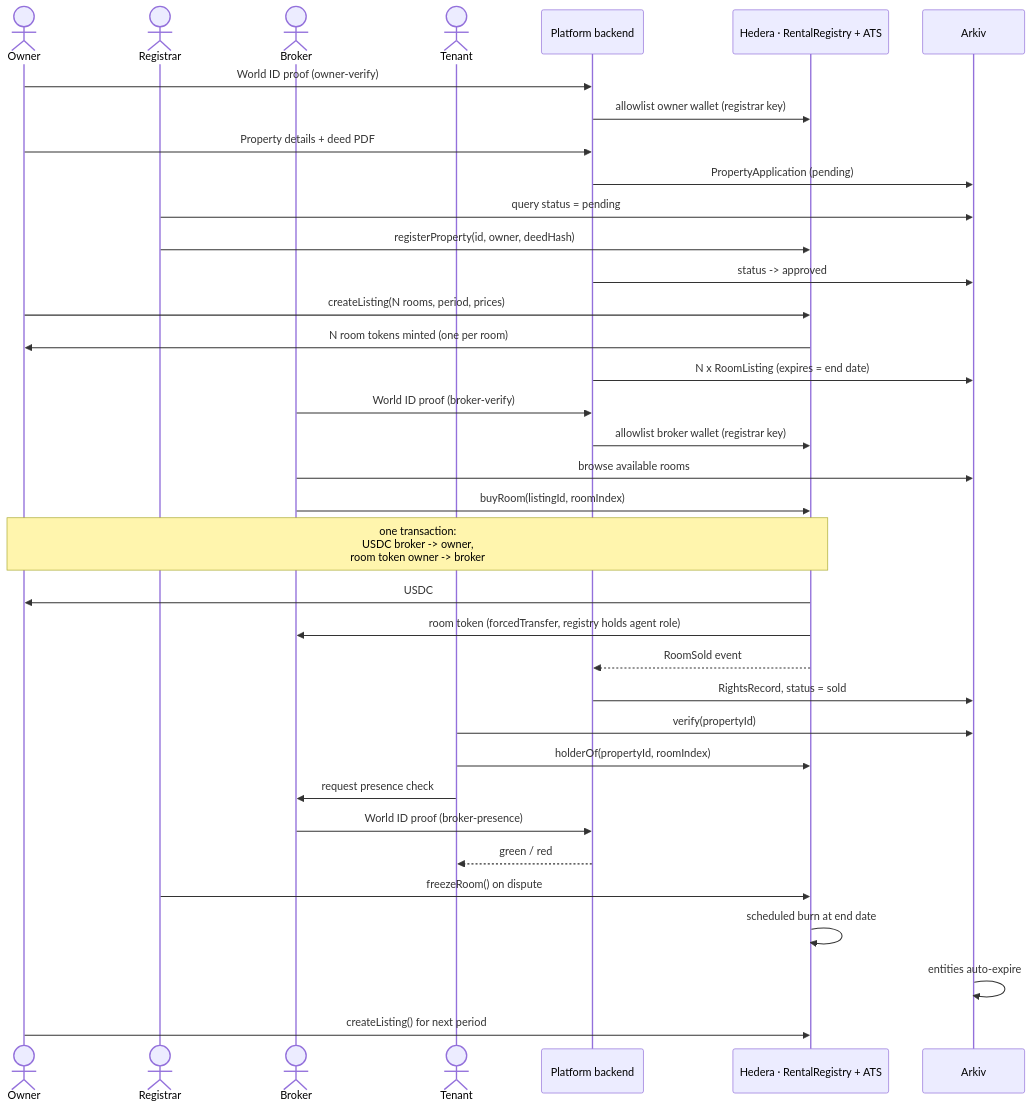
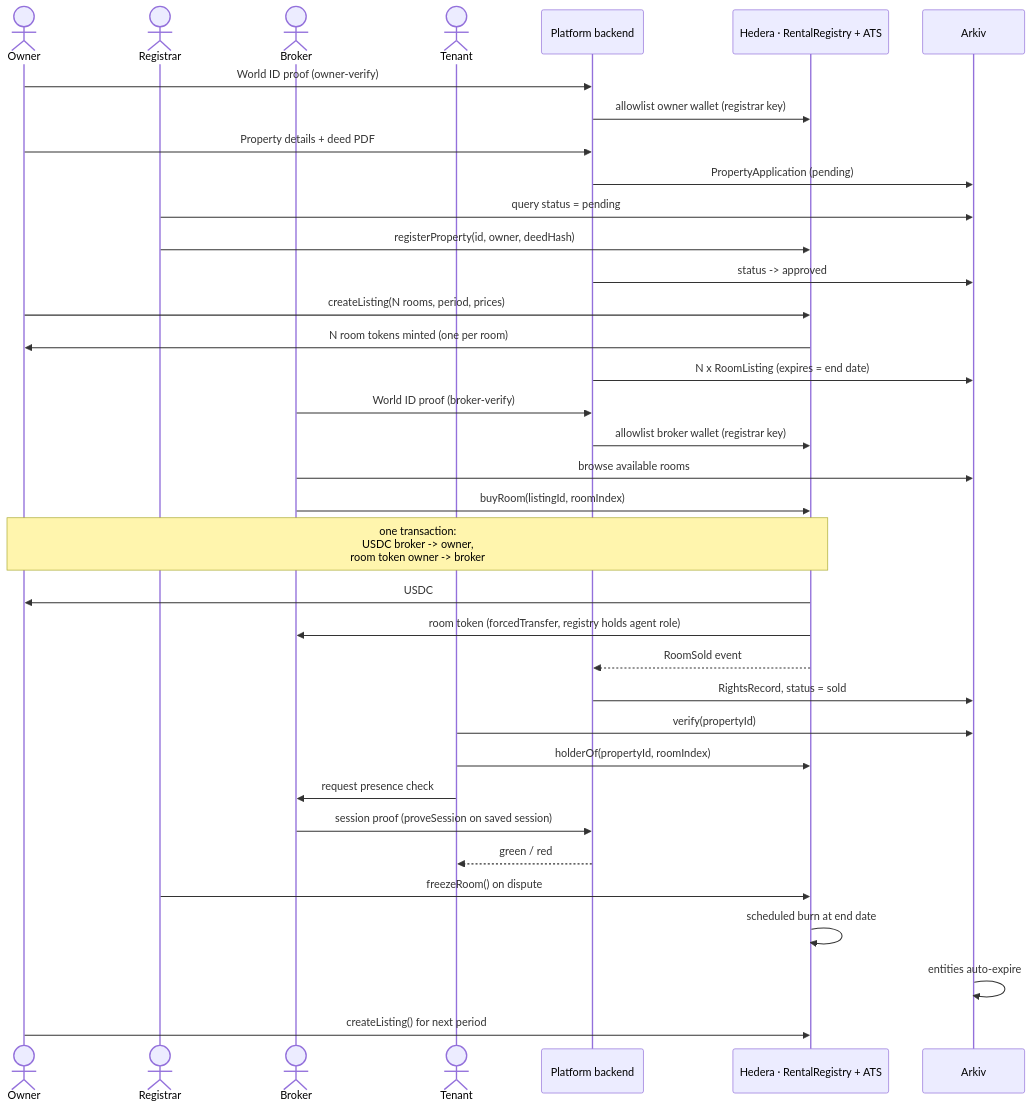
One commit to Nitish-d-Great/Rent-Me-Out changed the diagram in README.md. Above: the diagram before and after it, drawn with Mermaid. The commit also changed other lines of this file and 10 other files, not shown here.

````diff
--- a/README.md
+++ b/README.md
@@ -73,45 +73,45 @@
 ```mermaid
 sequenceDiagram
     actor Owner
     actor Registrar
     actor Broker
     actor Tenant
     participant BE as Platform backend
     participant HED as Hedera · RentalRegistry + ATS
     participant ARK as Arkiv
 
     Owner->>BE: World ID proof (owner-verify)
     BE->>HED: allowlist owner wallet (registrar key)
     Owner->>BE: Property details + deed PDF
     BE->>ARK: PropertyApplication (pending)
 
     Registrar->>ARK: query status = pending
     Registrar->>HED: registerProperty(id, owner, deedHash)
     BE->>ARK: status -> approved
 
     Owner->>HED: createListing(N rooms, period, prices)
     HED->>Owner: N room tokens minted (one per room)
     BE->>ARK: N x RoomListing (expires = end date)
 
     Broker->>BE: World ID proof (broker-verify)
     BE->>HED: allowlist broker wallet (registrar key)
     Broker->>ARK: browse available rooms
 
     Broker->>HED: buyRoom(listingId, roomIndex)
     Note over Owner,HED: one transaction:<br/>USDC broker -> owner,<br/>room token owner -> broker
     HED->>Owner: USDC
     HED->>Broker: room token (forcedTransfer, registry holds agent role)
     HED-->>BE: RoomSold event
     BE->>ARK: RightsRecord, status = sold
 
     Tenant->>ARK: verify(propertyId)
     Tenant->>HED: holderOf(propertyId, roomIndex)
     Tenant->>Broker: request presence check
-    Broker->>BE: World ID proof (broker-presence)
+    Broker->>BE: session proof (proveSession on saved session)
     BE-->>Tenant: green / red
 
     Registrar->>HED: freezeRoom() on dispute
     HED->>HED: scheduled burn at end date
     ARK->>ARK: entities auto-expire
     Owner->>HED: createListing() for next period
 ```
````
